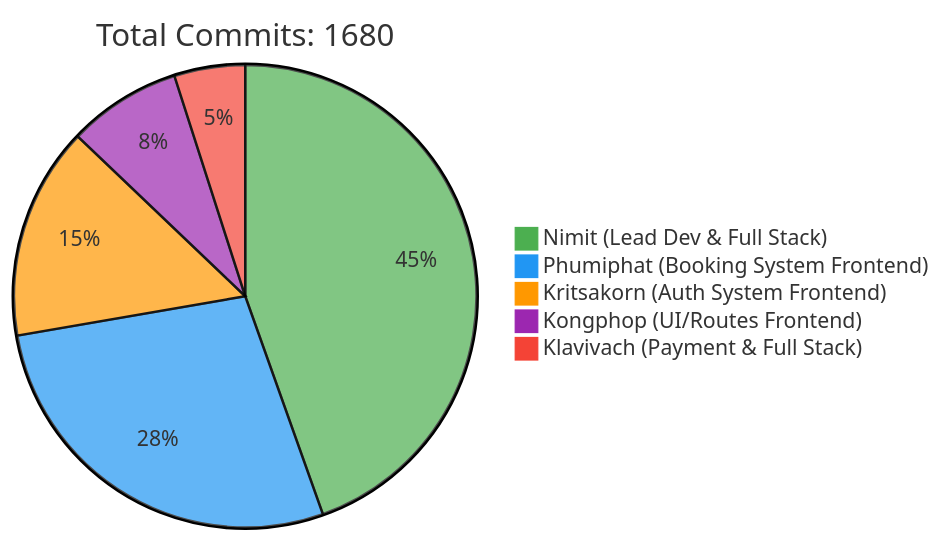
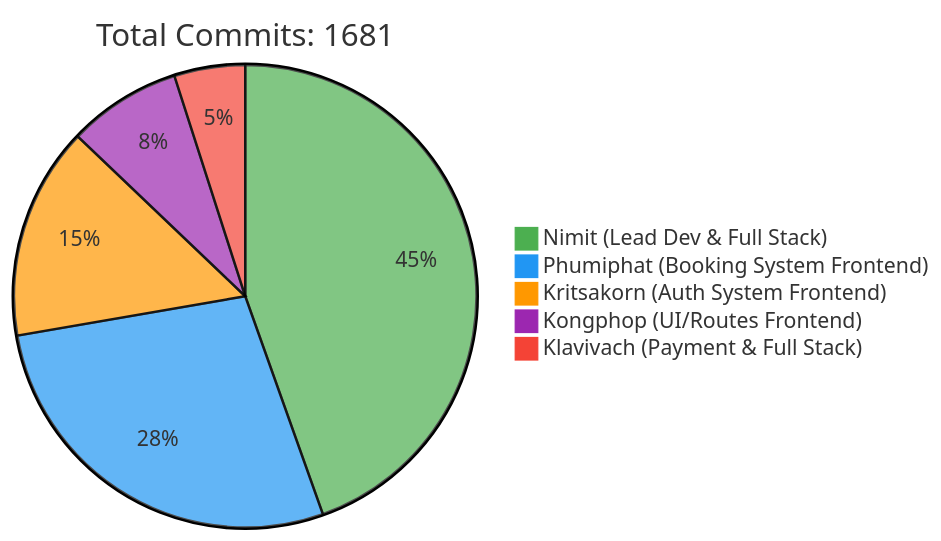
One commit to 6531503042/Sport-Complex changed the first of 2 diagrams in README.md. Above: the diagram before and after it, drawn with Mermaid. The commit also changed other lines of this file, not shown here.

Commit message:
docs: Update contributor statistics [skip ci]

````diff
--- a/README.md
+++ b/README.md
@@ -257,10 +257,10 @@
 ```mermaid
 %%{init: {'theme': 'base', 'themeVariables': { 'pie1': '#4CAF50', 'pie2': '#2196F3', 'pie3': '#FF9800', 'pie4': '#9C27B0', 'pie5': '#F44336'}}}%%
 pie
-    title Total Commits: 1680
+    title Total Commits: 1681
     "Nimit (Lead Dev & Full Stack)" : 450
     "Phumiphat (Booking System Frontend)" : 280
     "Kritsakorn (Auth System Frontend)" : 150
     "Kongphop (UI/Routes Frontend)" : 80
     "Klavivach (Payment & Full Stack)" : 50
 ```
````
